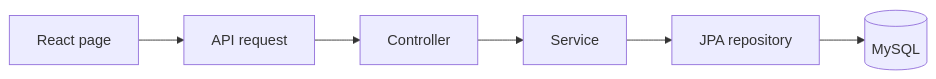
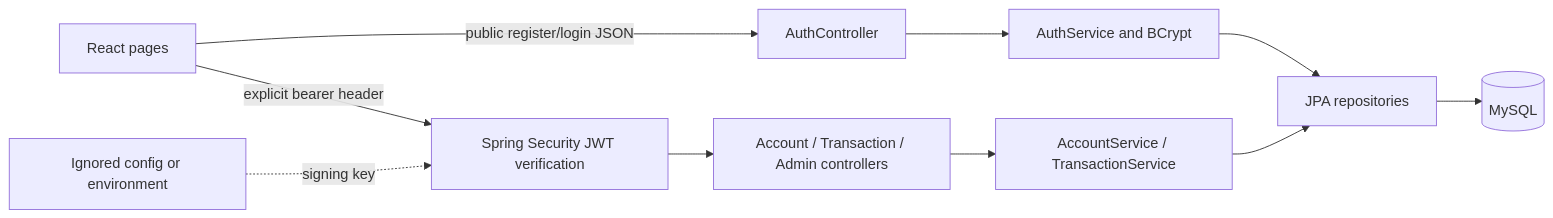
One commit to marvensj7/card-transaction-simulator changed the first of 2 diagrams in outputs/02_Architecture/01_System_Architecture.md. Above: the diagram before and after it, drawn with Mermaid. The commit also changed other lines of this file and 11 other files, not shown here.

````diff
--- a/outputs/02_Architecture/01_System_Architecture.md
+++ b/outputs/02_Architecture/01_System_Architecture.md
@@ -7,8 +5,12 @@
 ```mermaid
 flowchart LR
-    R[React page] --> A[API request]
-    A --> C[Controller]
-    C --> S[Service]
-    S --> J[JPA repository]
-    J --> D[(MySQL)]
+    Browser[React pages] -->|explicit bearer header| Security[Spring Security JWT verification]
+    Browser -->|public register/login JSON| Auth[AuthController]
+    Security --> Controllers[Account / Transaction / Admin controllers]
+    Auth --> AuthService[AuthService and BCrypt]
+    Controllers --> Services[AccountService / TransactionService]
+    AuthService --> Repositories[JPA repositories]
+    Services --> Repositories
+    Repositories --> MySQL[(MySQL)]
+    Local[Ignored config or environment] -.->|signing key| Security
 ```
````
